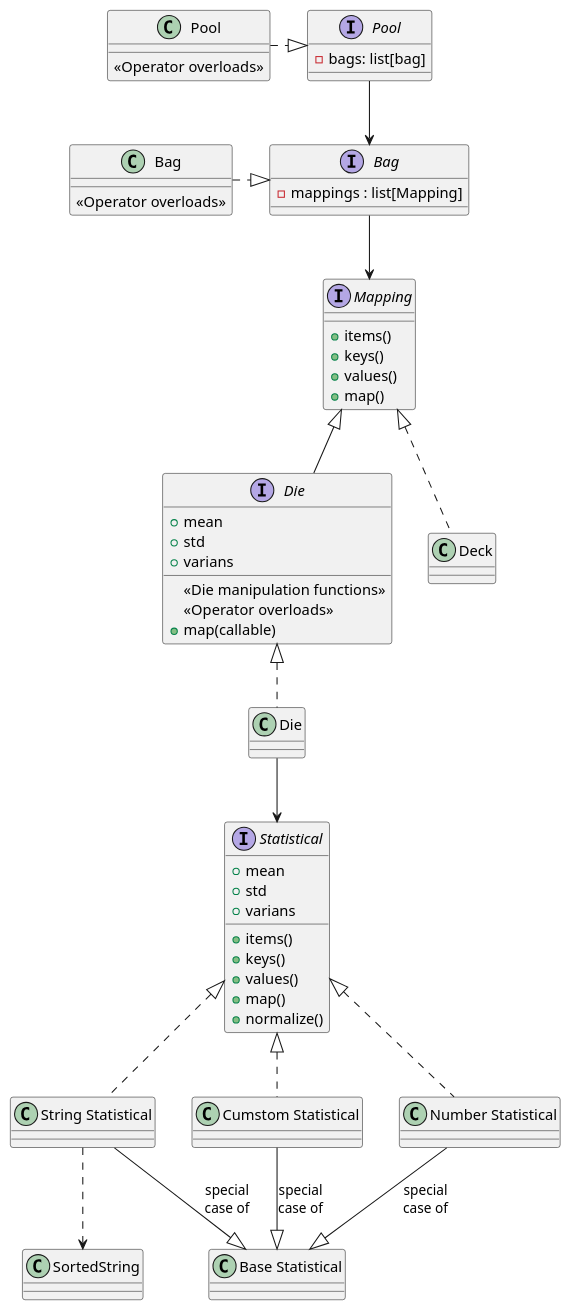
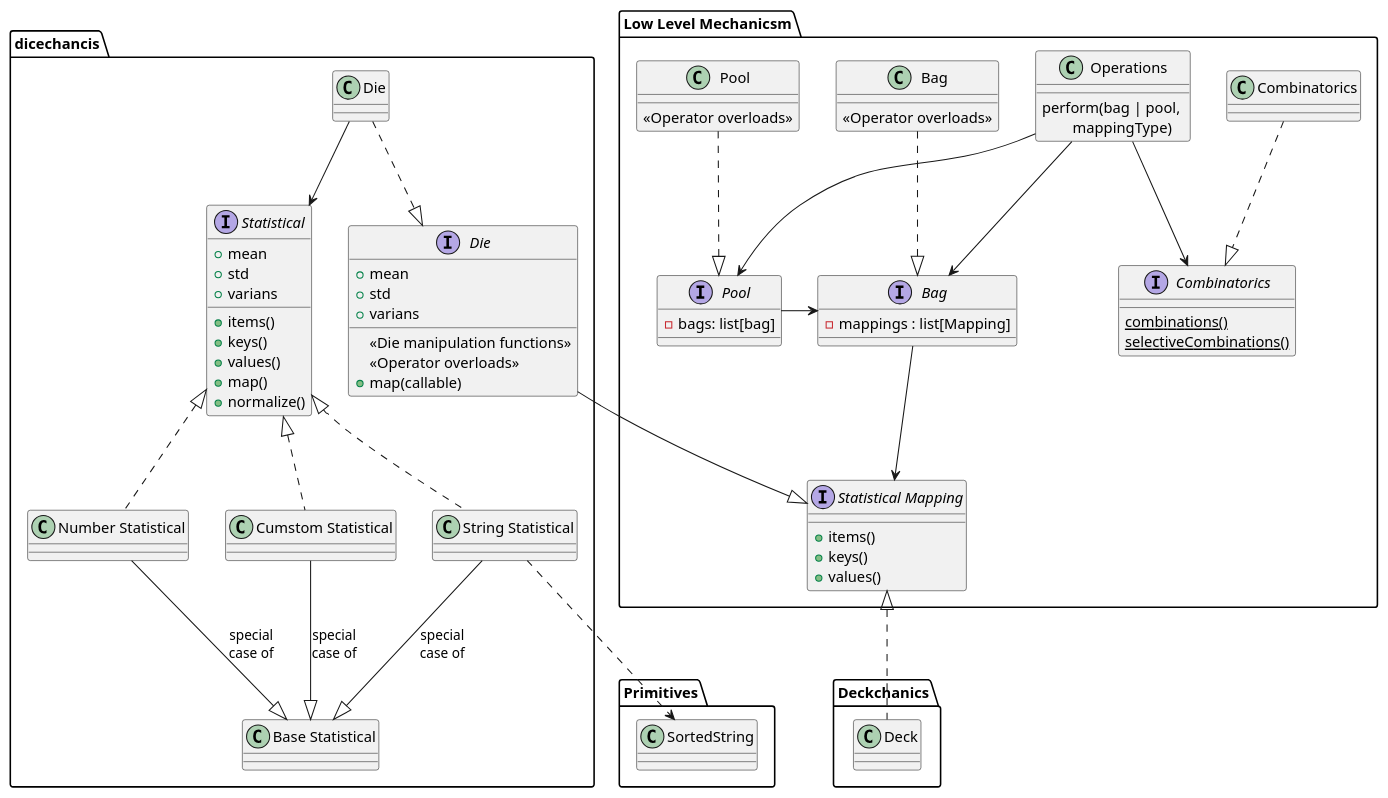
Before and after one commit to daplhall/dicechanics: the diagram in docs/system.puml, drawn with PlantUML. The commit also changed 4 other files, not shown here.

Commit message:
[refactor] refactored combinatorics and die

```diff
--- a/docs/system.puml
+++ b/docs/system.puml
@@ -1,61 +1,92 @@
 @startuml System
 top to bottom direction
-class Die{
-}
-class Pool{
-    {method}<<Operator overloads>>
-}
-class Bag{
-    {method}<<Operator overloads>>
-}
-class "Number Statistical" as numstat
-class "String Statistical" as strstat
-class "Cumstom Statistical" as customstat
-class "Base Statistical" as basestat
-interface "Die" as die{
-    {method}<<Die manipulation functions>>
-    {method}<<Operator overloads>>
-    +map(callable)
-    + mean
-    + std
-    + varians
-}
-interface "Pool" as pool {
-    - bags: list[bag]
-}
-interface "Mapping" as mapping{
-    + items()
-    + keys()
-    + values()
-    + map()
-}
-interface Statistical{
-    + items()
-    + keys()
-    + values()
-    + map()
-    + normalize()
-    + mean
-    + std
-    + varians
-}
-interface "Bag" as bag{
-    - mappings : list[Mapping]
+package "Low Level Mechanicsm"{
+    class Pool{
+        {method}<<Operator overloads>>
+    }
+    interface "Pool" as pool {
+        - bags: list[bag]
+    }
+    class Bag{
+        {method}<<Operator overloads>>
+    }
+    interface "Bag" as bag{
+        - mappings : list[Mapping]
+    }
+    interface "Statistical Mapping" as mapping{
+        + items()
+        + keys()
+        + values()
+    }
+    Interface Combinatorics{
+        {static} combinations()
+        {static} selectiveCombinations()
+    }
+    class "Combinatorics" as combclass{
+    }
+    class Operations{
+        perform(bag | pool, \n\tmappingType) 
+
+    }
 }
 
-Pool .|> pool
-pool --> bag
-Bag .|> bag
-bag -down-> mapping
-Die .up.|> die
+
+
+package "dicechancis" {
+    class Die{
+    }
+    class "Number Statistical" as numstat
+    class "String Statistical" as strstat
+    class "Cumstom Statistical" as customstat
+    class "Base Statistical" as basestat
+    interface Statistical{
+        + items()
+        + keys()
+        + values()
+        + map()
+        + normalize()
+        + mean
+        + std
+        + varians
+    }
+    interface "Die" as die{
+        {method}<<Die manipulation functions>>
+        {method}<<Operator overloads>>
+        +map(callable)
+        + mean
+        + std
+        + varians
+    }
+}
+package "Primitives"{
+    class SortedString
+}
+
+package "Deckchanics"{
+    class Deck
+}
+
+
+Operations -down-> Combinatorics
+Operations -down-> pool
+Operations -down-> bag
+combclass ..|> Combinatorics
+Pool ..|> pool
+pool -> bag
+Bag ..|> bag
+bag --> mapping
+
 Deck .up.|> mapping
+'diechanics
+Die ..|> die
 Die --> Statistical 
-die -up-|> mapping
+die --|> mapping
 numstat .up.|> Statistical
 strstat .up.|> Statistical
 customstat .up.|> Statistical
-numstat --|> basestat: special\ncase of 
-strstat --|> basestat: special\ncase of
-customstat --|> basestat :special\ncase of
+numstat -down-|> basestat: special\ncase of 
+strstat -down-|> basestat: special\ncase of
+customstat -down-|> basestat :special\ncase of
 strstat ..> SortedString
+
 @enduml
```
